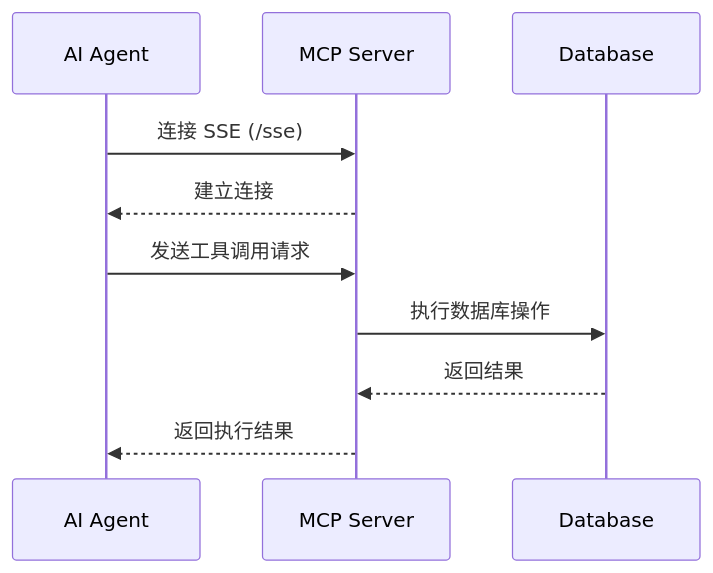
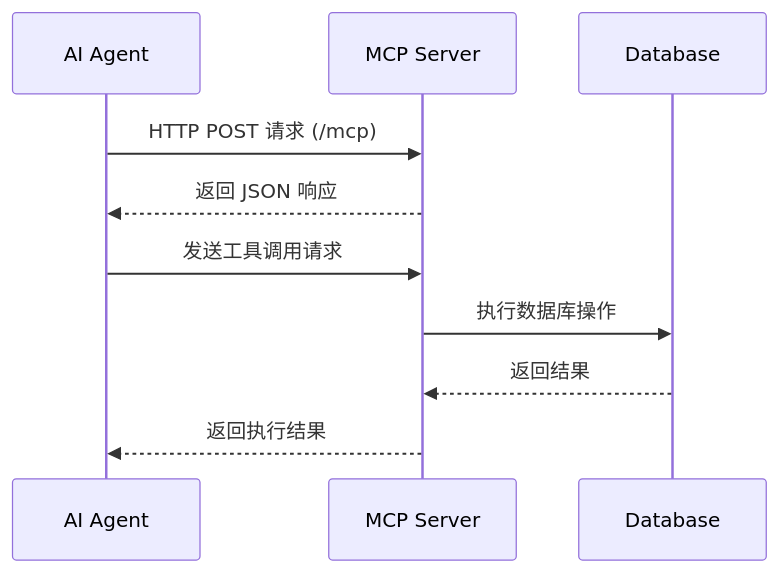
One commit to KISS-GG/DB_MCP_Server changed the diagram in README.md. Above: the diagram before and after it, drawn with Mermaid. The commit also changed other lines of this file and 1 other file, not shown here.

Commit message:
fix: 修改协议为 HTTP streaming，使其支持codex

````diff
--- a/README.md
+++ b/README.md
@@ -38,13 +38,13 @@
 ```mermaid
 sequenceDiagram
     participant AI as AI Agent
     participant MCP as MCP Server
     participant DB as Database
 
-    AI->>MCP: 连接 SSE (/sse)
-    MCP-->>AI: 建立连接
+    AI->>MCP: HTTP POST 请求 (/mcp)
+    MCP-->>AI: 返回 JSON 响应
     AI->>MCP: 发送工具调用请求
     MCP->>DB: 执行数据库操作
     DB-->>MCP: 返回结果
     MCP-->>AI: 返回执行结果
 ```
````
